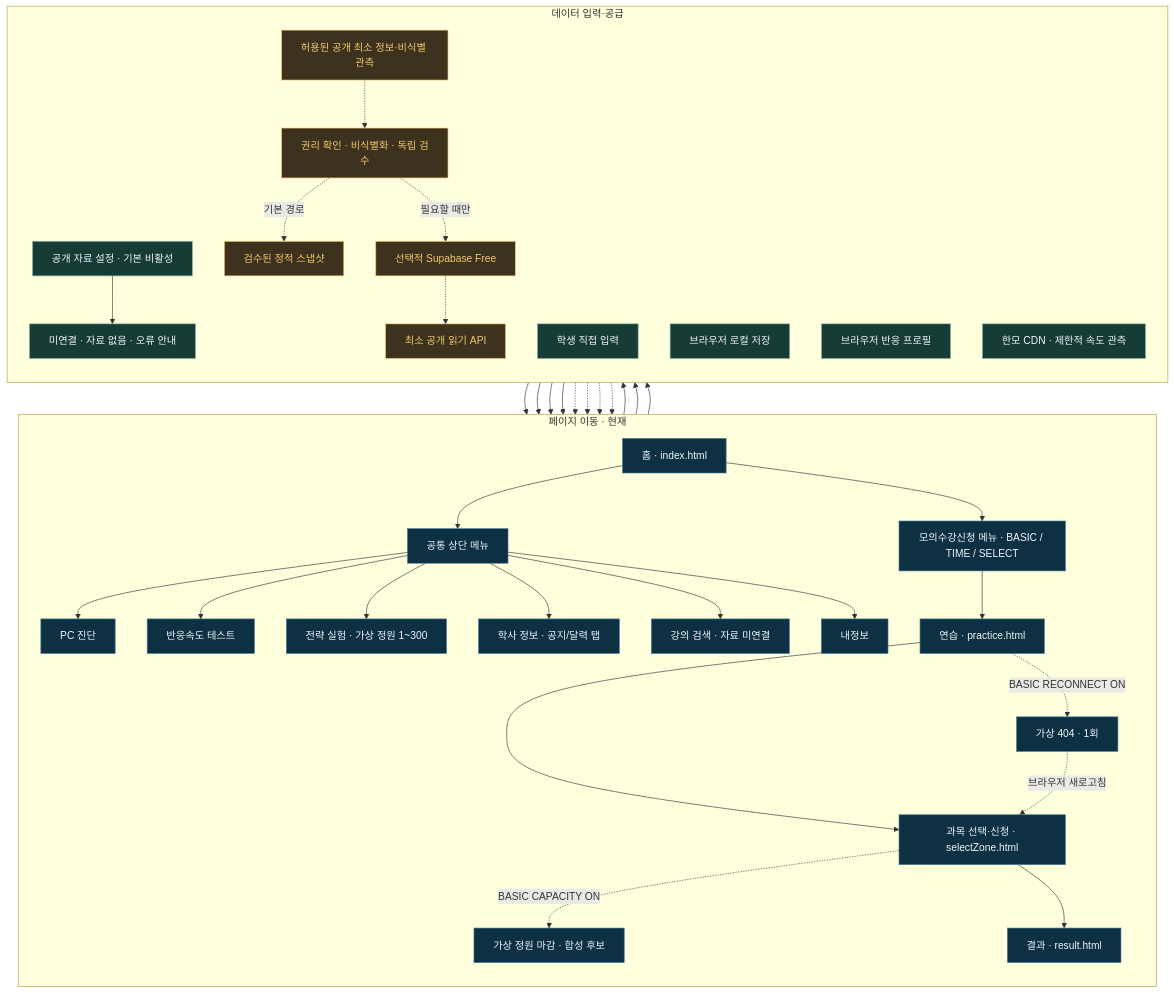
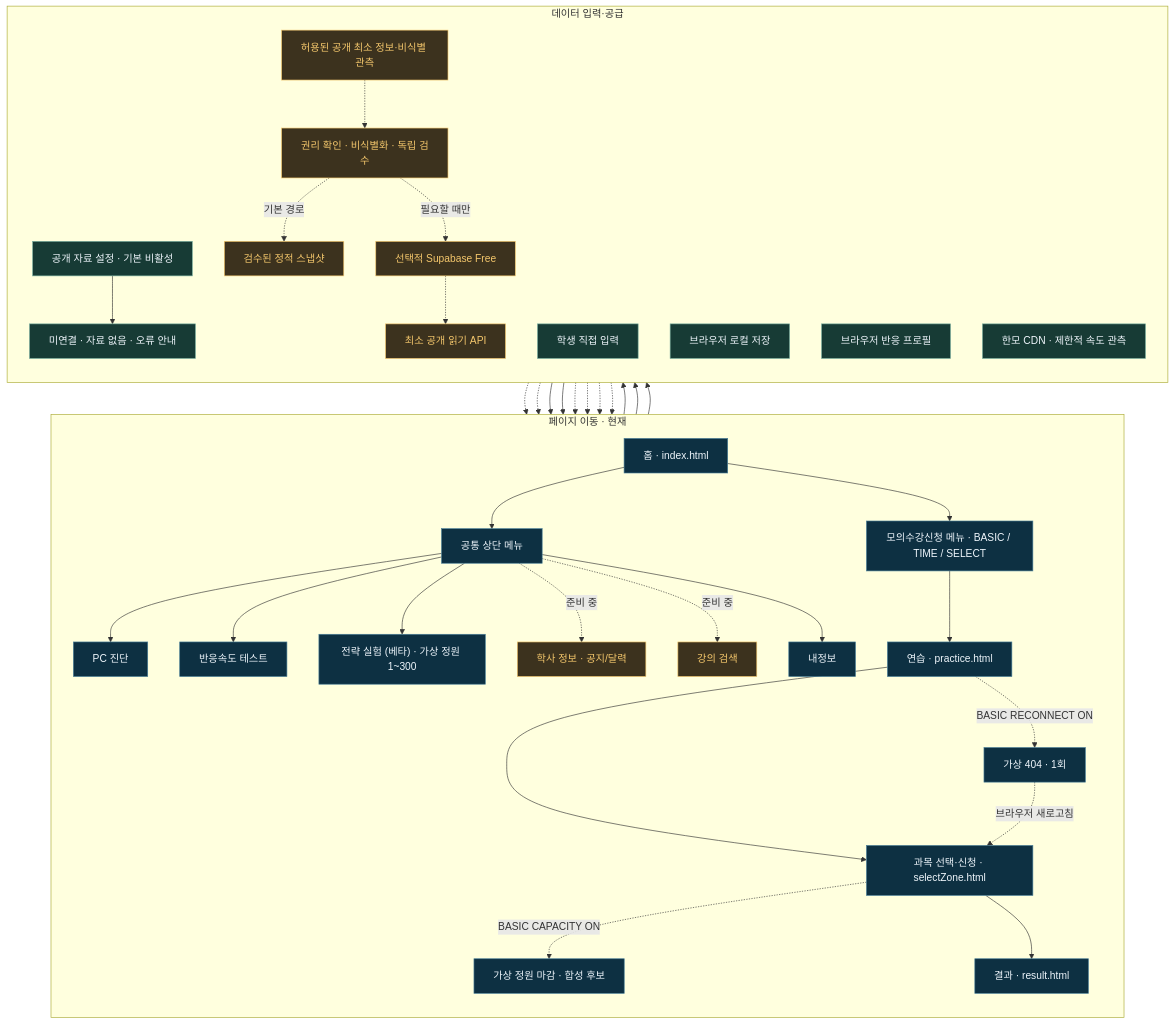
The second of 2 diagrams in README.md (chny0n/Hanmo), drawn with Mermaid before and after one commit. The commit also changed other lines of this file and 3 other files, not shown here.

````diff
--- a/README.md
+++ b/README.md
@@ -123,47 +126,47 @@
 ```mermaid
 flowchart TB
     subgraph P["페이지 이동 · 현재"]
         direction TB
         H["홈 · index.html"] --> NAV["공통 상단 메뉴"]
         NAV --> PC["PC 진단"]
         NAV --> RT["반응속도 테스트"]
-        NAV --> ST["전략 실험 · 가상 정원 1~300"]
-        NAV --> N["학사 정보 · 공지/달력 탭"]
-        NAV --> C["강의 검색 · 자료 미연결"]
+        NAV --> ST["전략 실험 (베타) · 가상 정원 1~300"]
+        NAV -. "준비 중" .-> N["학사 정보 · 공지/달력"]
+        NAV -. "준비 중" .-> C["강의 검색"]
         NAV --> I["내정보"]
         H --> M["모의수강신청 메뉴 · BASIC / TIME / SELECT"]
         M --> PR["연습 · practice.html"]
         PR --> SZ["과목 선택·신청 · selectZone.html"]
         PR -. "BASIC RECONNECT ON" .-> ERR["가상 404 · 1회"]
         ERR -. "브라우저 새로고침" .-> SZ
         SZ -. "BASIC CAPACITY ON" .-> CAP["가상 정원 마감 · 합성 후보"]
         SZ --> R["결과 · result.html"]
     end
 
     subgraph D["데이터 입력·공급"]
         direction TB
         J["공개 자료 설정 · 기본 비활성"] --> E["미연결 · 자료 없음 · 오류 안내"]
-        E --> N
-        E --> C
+        E -.-> N
+        E -.-> C
         U["학생 직접 입력"] --> I
         I --> LS["브라우저 로컬 저장"]
         RT --> RP["브라우저 반응 프로필"]
         RP --> ST
         PC --> CDN["한모 CDN · 제한적 속도 관측"]
         S["허용된 공개 최소 정보·비식별 관측"] -.-> V["권리 확인 · 비식별화 · 독립 검수"]
         V -. "기본 경로" .-> SNAP["검수된 정적 스냅샷"]
         V -. "필요할 때만" .-> DB["선택적 Supabase Free"]
         SNAP -.-> N
         SNAP -.-> C
         DB -.-> API["최소 공개 읽기 API"]
         API -.-> N
         API -.-> C
     end
 
     classDef page fill:#0d3042,stroke:#467c96,color:#eff6fc
     classDef data fill:#173b35,stroke:#78ad9e,color:#eff6fc
     classDef planned fill:#3c321e,stroke:#f4c76c,color:#f4c76c
-    class H,NAV,PC,RT,ST,N,C,I,M,PR,SZ,R,ERR,CAP page
+    class H,NAV,PC,RT,ST,I,M,PR,SZ,R,ERR,CAP page
     class J,E,U,LS,RP,CDN data
-    class S,V,SNAP,DB,API planned
+    class S,V,SNAP,DB,API,N,C planned
 ```
````
